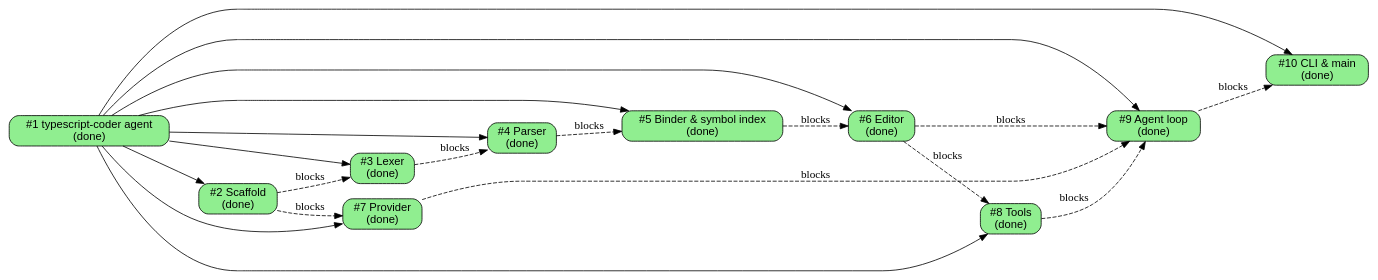
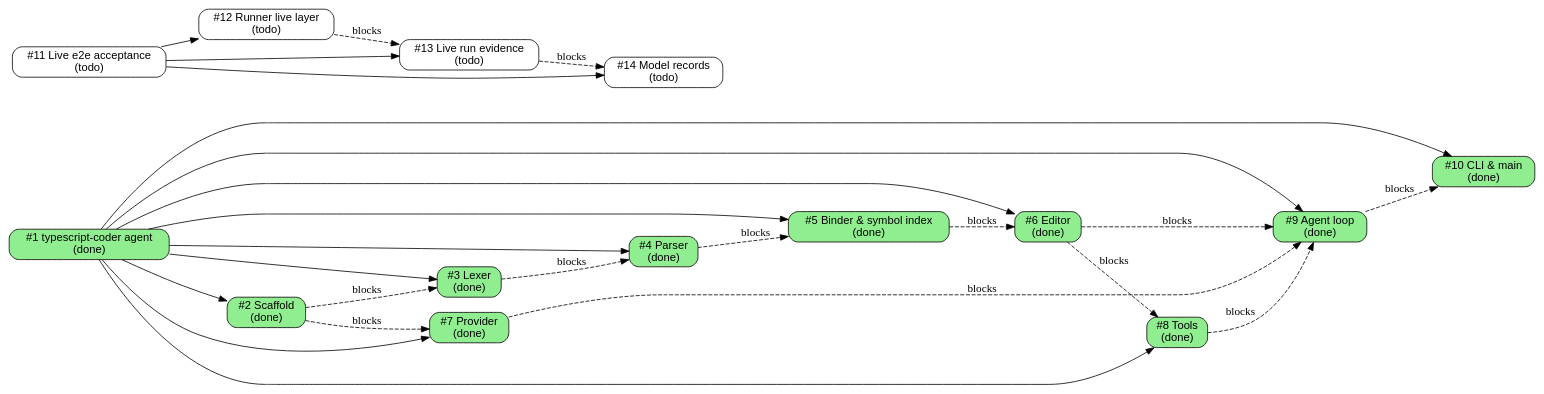
Before and after one commit to illusory0x0/typescript-coder: the diagram in issues/todo.md, drawn with Graphviz. The commit also changed other lines of this file and 4 other files, not shown here.

Commit message:
File issues #11-#14 for live acceptance and model-record corrections

````diff
--- a/issues/todo.md
+++ b/issues/todo.md
@@ -7,42 +7,53 @@
 ```dot
 digraph issues {
   rankdir=LR;
   node [shape=box, style="rounded,filled", fontname="Helvetica"];
 
   // status colors: todo=white, in-progress=lightyellow, review=lightblue,
   //                done=lightgreen, wontfix=lightgrey
   "1"  [label="#1 typescript-coder agent\n(done)", fillcolor="lightgreen"];
   "2"  [label="#2 Scaffold\n(done)", fillcolor="lightgreen"];
   "3"  [label="#3 Lexer\n(done)", fillcolor="lightgreen"];
   "4"  [label="#4 Parser\n(done)", fillcolor="lightgreen"];
   "5"  [label="#5 Binder & symbol index\n(done)", fillcolor="lightgreen"];
   "6"  [label="#6 Editor\n(done)", fillcolor="lightgreen"];
   "7"  [label="#7 Provider\n(done)", fillcolor="lightgreen"];
   "8"  [label="#8 Tools\n(done)", fillcolor="lightgreen"];
   "9"  [label="#9 Agent loop\n(done)", fillcolor="lightgreen"];
   "10" [label="#10 CLI & main\n(done)", fillcolor="lightgreen"];
+  "11" [label="#11 Live e2e acceptance\n(todo)", fillcolor="white"];
+  "12" [label="#12 Runner live layer\n(todo)", fillcolor="white"];
+  "13" [label="#13 Live run evidence\n(todo)", fillcolor="white"];
+  "14" [label="#14 Model records\n(todo)", fillcolor="white"];
 
   // tree edges (parent -> child), solid
   "1" -> "2";
   "1" -> "3";
   "1" -> "4";
   "1" -> "5";
   "1" -> "6";
   "1" -> "7";
   "1" -> "8";
   "1" -> "9";
   "1" -> "10";
 
+  // tree edges (parent -> child), solid
+  "11" -> "12";
+  "11" -> "13";
+  "11" -> "14";
+
   // dependency edges (blocker -> blocked), dashed
   "2" -> "3" [style=dashed, label="blocks"];
   "3" -> "4" [style=dashed, label="blocks"];
   "4" -> "5" [style=dashed, label="blocks"];
   "5" -> "6" [style=dashed, label="blocks"];
   "2" -> "7" [style=dashed, label="blocks"];
   "6" -> "8" [style=dashed, label="blocks"];
   "6" -> "9" [style=dashed, label="blocks"];
   "7" -> "9" [style=dashed, label="blocks"];
   "8" -> "9" [style=dashed, label="blocks"];
   "9" -> "10" [style=dashed, label="blocks"];
+  "12" -> "13" [style=dashed, label="blocks"];
+  "13" -> "14" [style=dashed, label="blocks"];
 }
 ```
````
